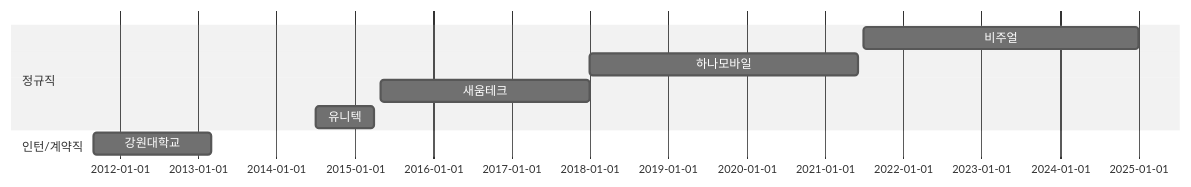
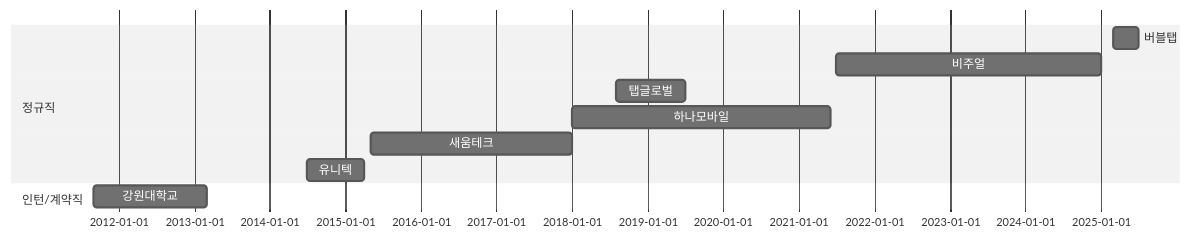
One commit to talq44/resume_portfolio changed the second of 3 diagrams in PORTFOLIO.md. Above: the diagram before and after it, drawn with Mermaid (neutral theme). The commit also changed other lines of this file and 4 other files, not shown here.

````diff
--- a/PORTFOLIO.md
+++ b/PORTFOLIO.md
@@ -80,11 +80,13 @@
 ``` mermaid
 gantt
   dateFormat  YYYY-MM
   section 정규직
+  버블탭 :i4, 2025-03, 2025-07
   비주얼 :i3, 2021-07, 2025-01
+  탭글로벌 :i2, 2018-08, 2019-07
   하나모바일 :i2, 2018-01, 2021-06
   새움테크 :i1, 2015-05, 2018-01
   유니텍 : c1, 2014-07, 2015-04
   section 인턴/계약직
   강원대학교 :a2, 2011-09, 2013-03
 ```
````
